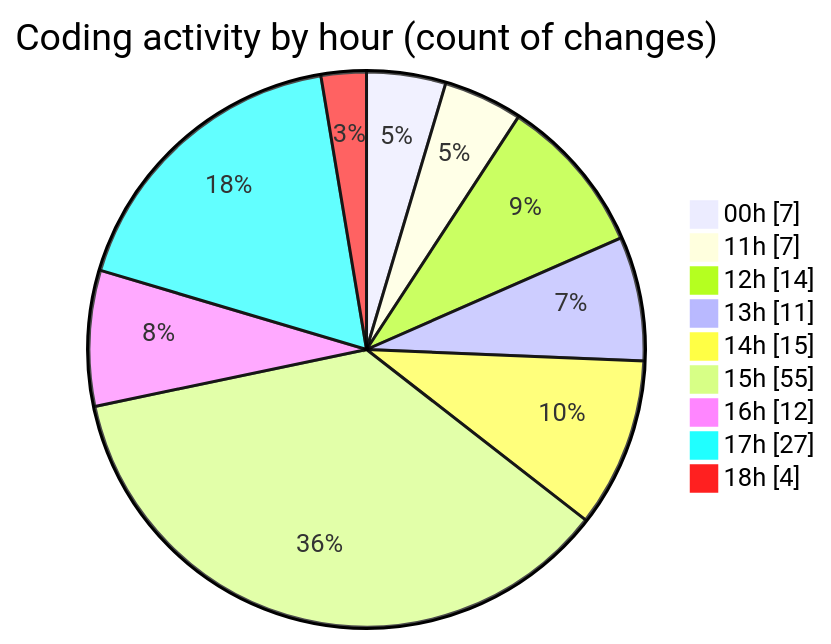
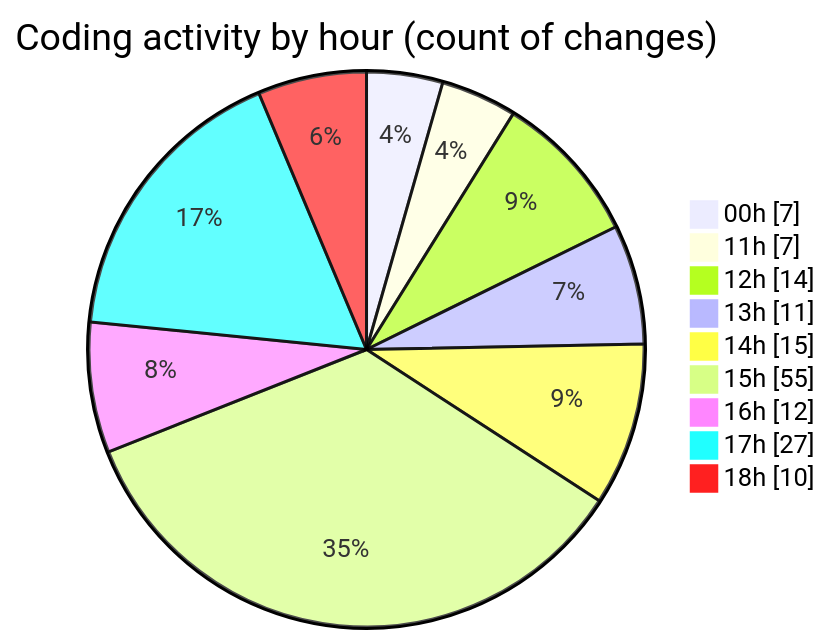
The second of 2 diagrams in 2025-10-08/eventscop-frontend-guide__workspace_/README.md (julien-gomy/code-tracking), drawn with Mermaid before and after one commit. The commit also changed other lines of this file and 1 other file, not shown here.

````diff
--- a/2025-10-08/eventscop-frontend-guide__workspace_/README.md
+++ b/2025-10-08/eventscop-frontend-guide__workspace_/README.md
@@ -58,13 +58,13 @@
 ```mermaid
 pie showData
 title Coding activity by hour (count of changes)
 "00h" : 7
 "11h" : 7
 "12h" : 14
 "13h" : 11
 "14h" : 15
 "15h" : 55
 "16h" : 12
 "17h" : 27
-"18h" : 4
+"18h" : 10
 ```
````
